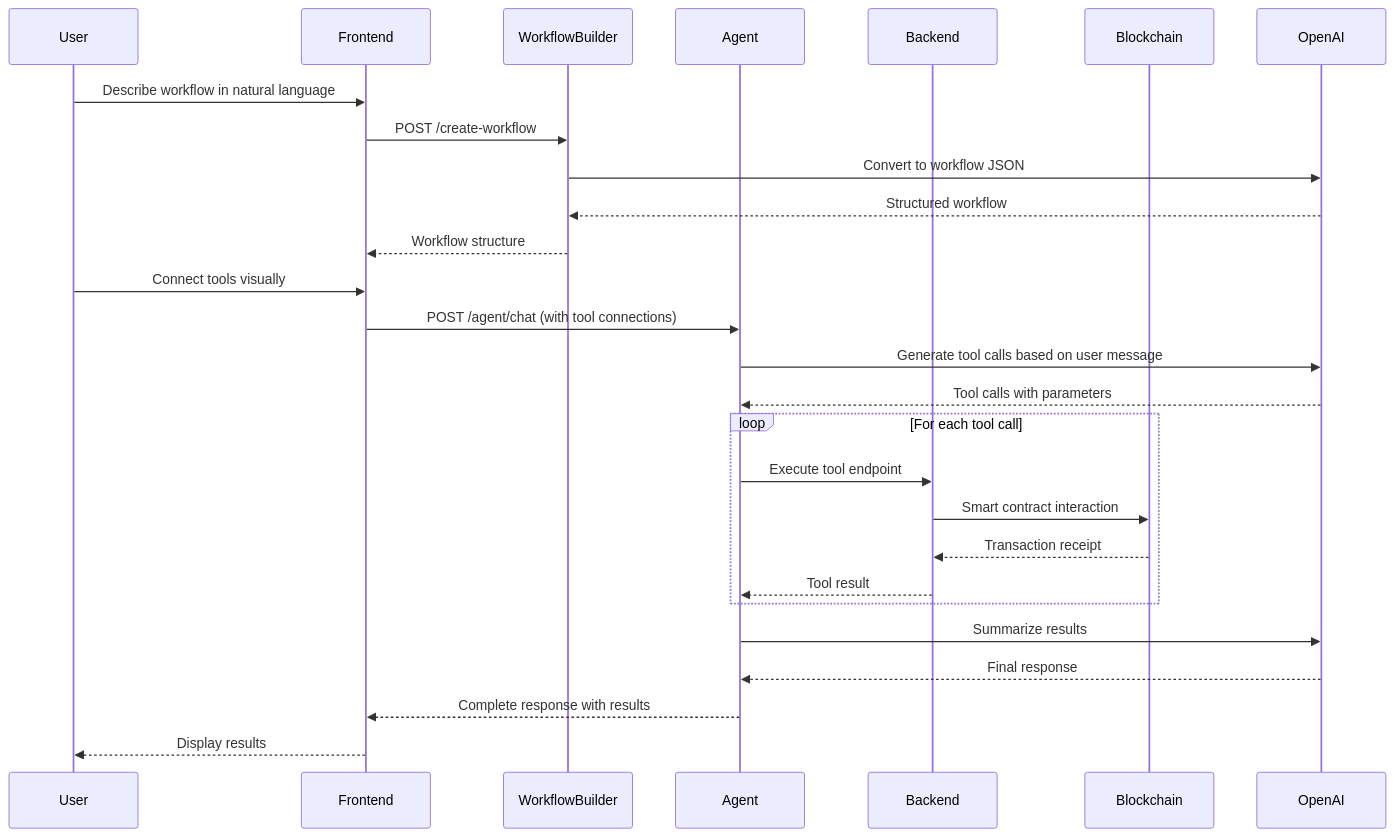
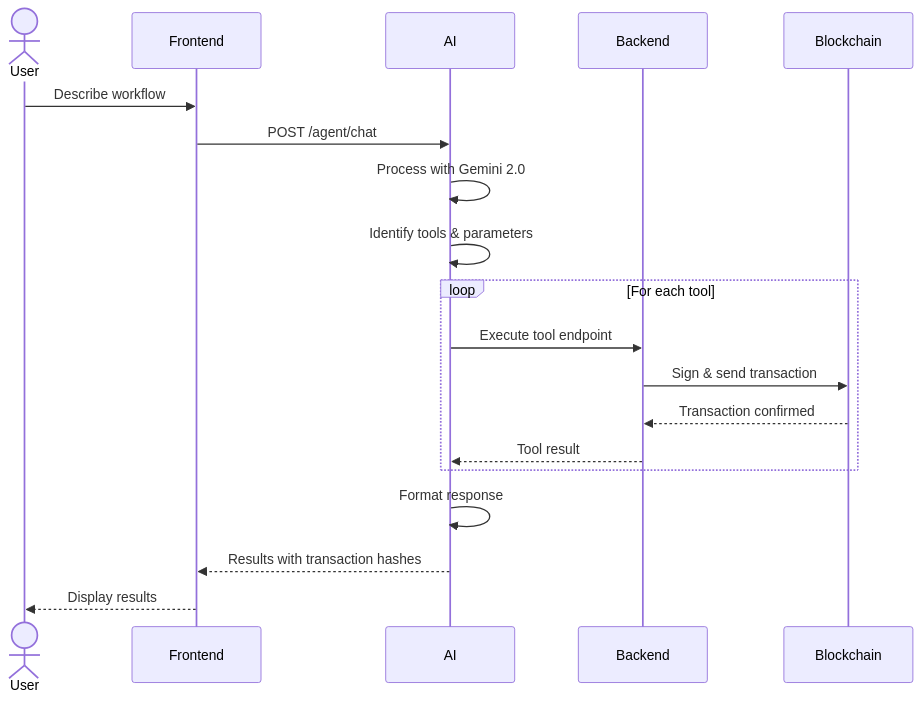
Before and after one commit to Jayesh-Kr/BlockOPS: the second of 2 diagrams in README.md, drawn with Mermaid. The commit also changed other lines of this file, not shown here.

````diff
--- a/README.md
+++ b/README.md
@@ -136,32 +128,24 @@
 ```mermaid
 sequenceDiagram
-    participant User
+    actor User
     participant Frontend
-    participant WorkflowBuilder
-    participant Agent
+    participant AI
     participant Backend
     participant Blockchain
     
-    User->>Frontend: Describe workflow in natural language
-    Frontend->>WorkflowBuilder: POST /create-workflow
-    WorkflowBuilder->>OpenAI: Convert to workflow JSON
-    OpenAI-->>WorkflowBuilder: Structured workflow
-    WorkflowBuilder-->>Frontend: Workflow structure
+    User->>Frontend: Describe workflow
+    Frontend->>AI: POST /agent/chat
+    AI->>AI: Process with Gemini 2.0
+    AI->>AI: Identify tools & parameters
     
-    User->>Frontend: Connect tools visually
-    Frontend->>Agent: POST /agent/chat (with tool connections)
-    Agent->>OpenAI: Generate tool calls based on user message
-    OpenAI-->>Agent: Tool calls with parameters
-    
-    loop For each tool call
-        Agent->>Backend: Execute tool endpoint
-        Backend->>Blockchain: Smart contract interaction
-        Blockchain-->>Backend: Transaction receipt
-        Backend-->>Agent: Tool result
+    loop For each tool
+        AI->>Backend: Execute tool endpoint
+        Backend->>Blockchain: Sign & send transaction
+        Blockchain-->>Backend: Transaction confirmed
+        Backend-->>AI: Tool result
     end
     
-    Agent->>OpenAI: Summarize results
-    OpenAI-->>Agent: Final response
-    Agent-->>Frontend: Complete response with results
+    AI->>AI: Format response
+    AI-->>Frontend: Results with transaction hashes
     Frontend-->>User: Display results
 ```
````
